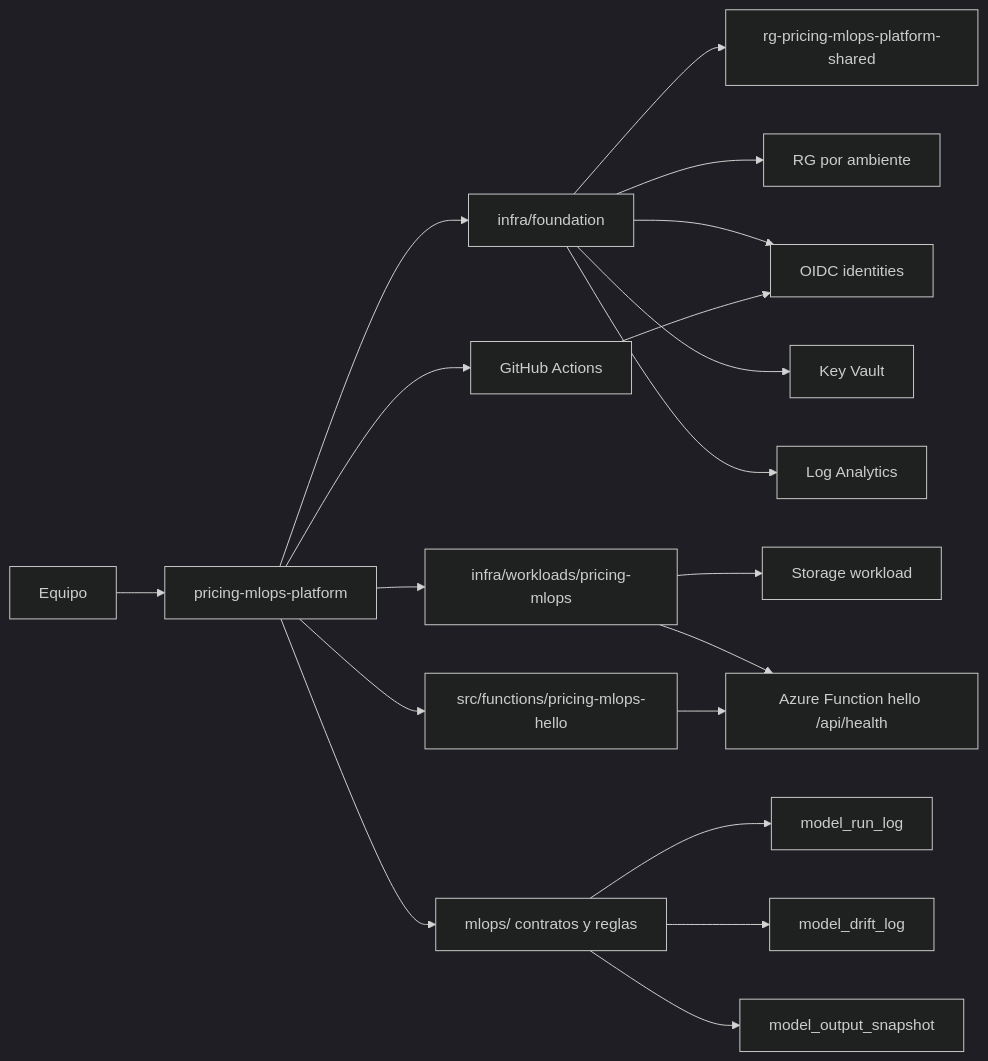
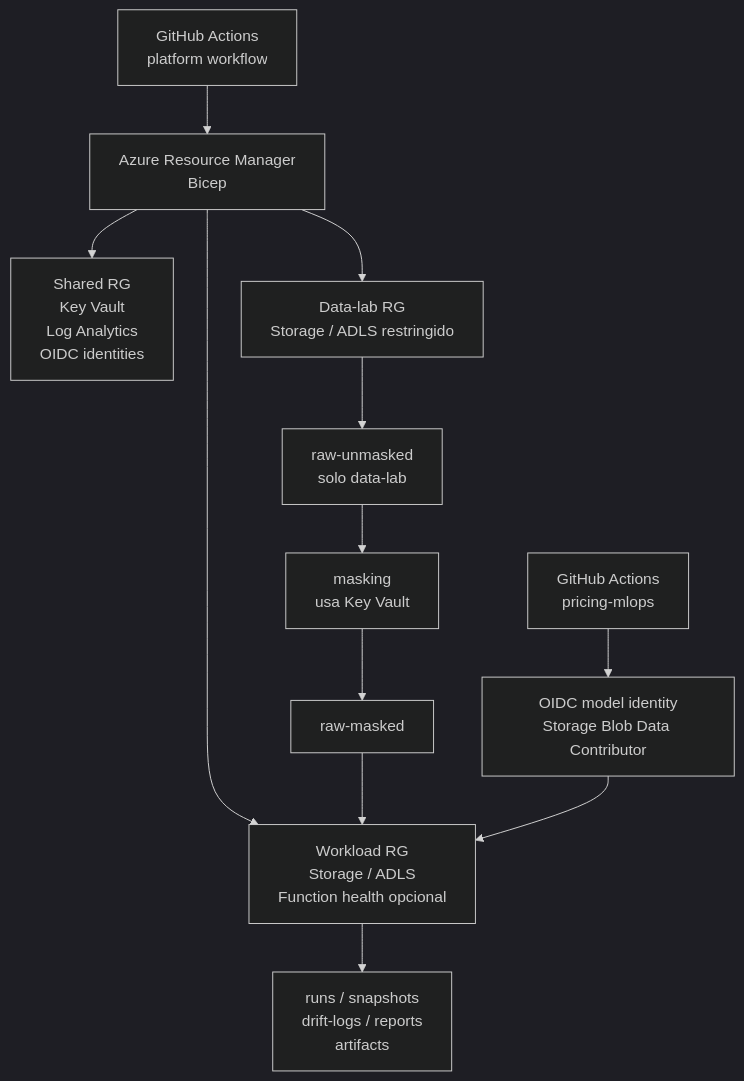
The diagram in README.md (tecmx-team46-pricing/pricing-mlops-platform), drawn with Mermaid (dark theme) before and after one commit. The commit also changed other lines of this file and 11 other files, not shown here.

````diff
--- a/README.md
+++ b/README.md
@@ -25,25 +17,16 @@
 ```mermaid
-flowchart LR
-  Dev["Equipo"] --> Repo["pricing-mlops-platform"]
+flowchart TD
+  GHAPlatform["GitHub Actions<br/>platform workflow"] --> ARM["Azure Resource Manager<br/>Bicep"]
+  ARM --> Shared["Shared RG<br/>Key Vault<br/>Log Analytics<br/>OIDC identities"]
+  ARM --> Workload["Workload RG<br/>Storage / ADLS<br/>Function health opcional"]
+  ARM --> DataLab["Data-lab RG<br/>Storage / ADLS restringido"]
 
-  Repo --> Foundation["infra/foundation"]
-  Repo --> Workload["infra/workloads/pricing-mlops"]
-  Repo --> MLOps["mlops/ contratos y reglas"]
-  Repo --> Actions["GitHub Actions"]
-  Repo --> FuncSrc["src/functions/pricing-mlops-hello"]
+  DataLab --> RawUnmasked["raw-unmasked<br/>solo data-lab"]
+  RawUnmasked --> Masking["masking<br/>usa Key Vault"]
+  Masking --> RawMasked["raw-masked"]
+  RawMasked --> Workload
 
-  Foundation --> SharedRG["rg-pricing-mlops-platform-shared"]
-  Foundation --> WorkloadRG["RG por ambiente"]
-  Foundation --> OIDC["OIDC identities"]
-  Foundation --> KV["Key Vault"]
-  Foundation --> Logs["Log Analytics"]
-
-  Workload --> Storage["Storage workload"]
-  Workload --> Func["Azure Function hello /api/health"]
-
-  Actions --> OIDC
-  FuncSrc --> Func
-  MLOps --> RunLog["model_run_log"]
-  MLOps --> DriftLog["model_drift_log"]
-  MLOps --> Snapshot["model_output_snapshot"]
+  GHAModel["GitHub Actions<br/>pricing-mlops"] --> ModelIdentity["OIDC model identity<br/>Storage Blob Data Contributor"]
+  ModelIdentity --> Workload
+  Workload --> Runs["runs / snapshots<br/>drift-logs / reports<br/>artifacts"]
 ```
````
